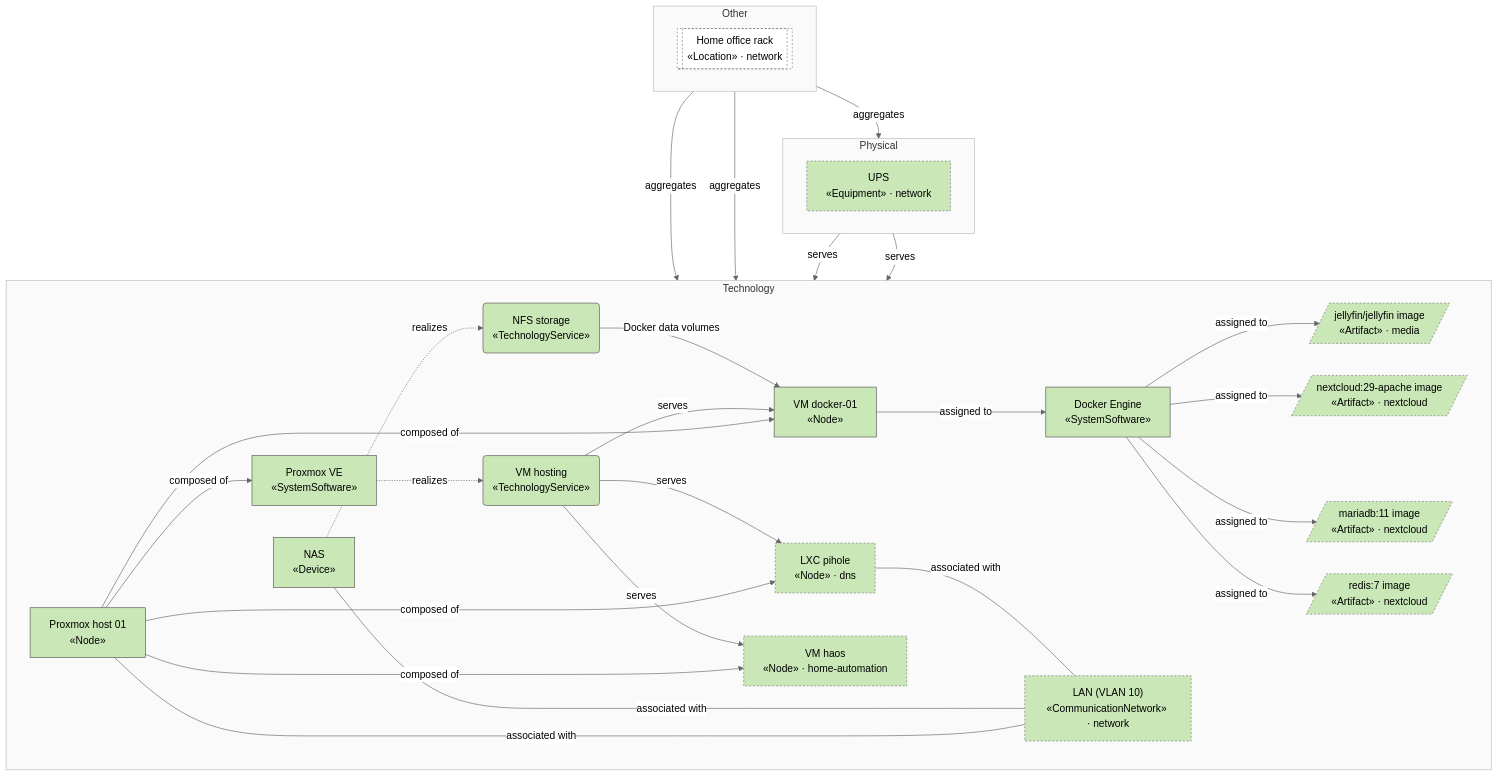
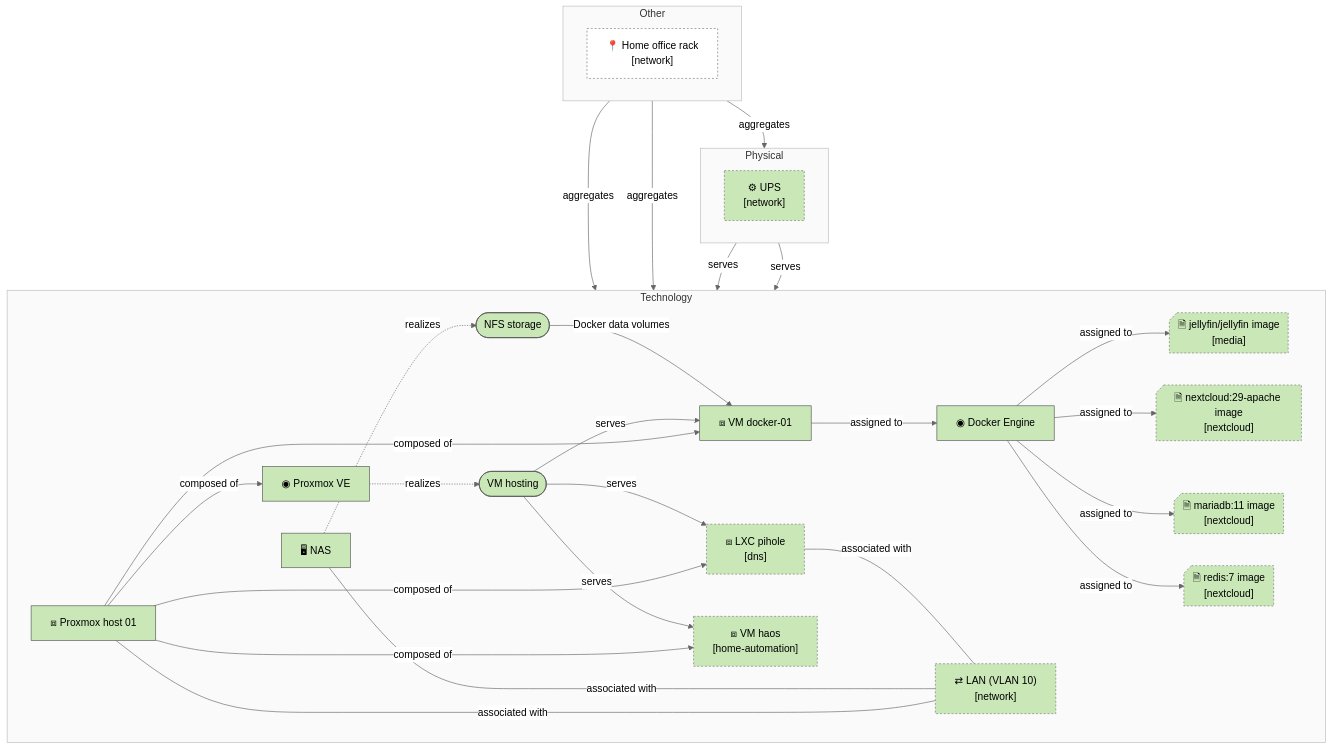
The third of 3 diagrams in docs/compute/view-infrastructure.md (b-zig/a4m), drawn with Mermaid (neutral theme) before and after one commit. The commit also changed other lines of this file and 15 other files, not shown here.

First line of the commit message:
Approximate ArchiMate notation in Mermaid flowcharts

````diff
--- a/docs/compute/view-infrastructure.md
+++ b/docs/compute/view-infrastructure.md
@@ -143,62 +145,62 @@
 ```mermaid
 flowchart TB
   subgraph layer_technology["Technology"]
     direction LR
-    tech_pve_01["Proxmox host 01<br/>«Node»"]
-    tech_proxmox_ve["Proxmox VE<br/>«SystemSoftware»"]
-    tech_vm_docker["VM docker-01<br/>«Node»"]
-    tech_docker["Docker Engine<br/>«SystemSoftware»"]
-    tech_nas["NAS<br/>«Device»"]
-    tech_svc_vm_hosting("VM hosting<br/>«TechnologyService»")
-    tech_svc_nfs("NFS storage<br/>«TechnologyService»")
-    dns__tech_lxc_pihole["LXC pihole<br/>«Node» · dns"]
-    home_automation__tech_vm_haos["VM haos<br/>«Node» · home-automation"]
-    media__tech_art_jellyfin[/"jellyfin/jellyfin image<br/>«Artifact» · media"/]
-    network__tech_net_lan["LAN (VLAN 10)<br/>«CommunicationNetwork» · network"]
-    nextcloud__tech_art_mariadb[/"mariadb:11 image<br/>«Artifact» · nextcloud"/]
-    nextcloud__tech_art_nextcloud[/"nextcloud:29-apache image<br/>«Artifact» · nextcloud"/]
-    nextcloud__tech_art_redis[/"redis:7 image<br/>«Artifact» · nextcloud"/]
+    tech_pve_01@{ shape: rect, label: "⧈ Proxmox host 01" }
+    tech_proxmox_ve@{ shape: rect, label: "◉ Proxmox VE" }
+    tech_vm_docker@{ shape: rect, label: "⧈ VM docker-01" }
+    tech_docker@{ shape: rect, label: "◉ Docker Engine" }
+    tech_nas@{ shape: rect, label: "🖥 NAS" }
+    tech_svc_vm_hosting@{ shape: stadium, label: "VM hosting" }
+    tech_svc_nfs@{ shape: stadium, label: "NFS storage" }
+    dns__tech_lxc_pihole@{ shape: rect, label: "⧈ LXC pihole<br/>[dns]" }
+    home_automation__tech_vm_haos@{ shape: rect, label: "⧈ VM haos<br/>[home-automation]" }
+    media__tech_art_jellyfin@{ shape: notch-rect, label: "🗎 jellyfin/jellyfin image<br/>[media]" }
+    network__tech_net_lan@{ shape: rect, label: "⇄ LAN (VLAN 10)<br/>[network]" }
+    nextcloud__tech_art_mariadb@{ shape: notch-rect, label: "🗎 mariadb:11 image<br/>[nextcloud]" }
+    nextcloud__tech_art_nextcloud@{ shape: notch-rect, label: "🗎 nextcloud:29-apache image<br/>[nextcloud]" }
+    nextcloud__tech_art_redis@{ shape: notch-rect, label: "🗎 redis:7 image<br/>[nextcloud]" }
   end
   subgraph layer_physical["Physical"]
     direction LR
-    network__phys_ups["UPS<br/>«Equipment» · network"]
+    network__phys_ups@{ shape: rect, label: "⚙ UPS<br/>[network]" }
   end
   subgraph layer_other["Other"]
     direction LR
-    network__oth_loc_home[["Home office rack<br/>«Location» · network"]]
+    network__oth_loc_home@{ shape: rect, label: "📍 Home office rack<br/>[network]" }
   end
   tech_pve_01 -->|"composed of"| tech_proxmox_ve
   tech_pve_01 -->|"composed of"| tech_vm_docker
   tech_proxmox_ve -.->|"realizes"| tech_svc_vm_hosting
   tech_svc_vm_hosting -->|"serves"| tech_vm_docker
   tech_vm_docker -->|"assigned to"| tech_docker
   tech_nas -.->|"realizes"| tech_svc_nfs
   tech_svc_nfs -->|"Docker data volumes"| tech_vm_docker
   network__oth_loc_home -->|"aggregates"| tech_pve_01
   network__oth_loc_home -->|"aggregates"| tech_nas
   network__phys_ups -->|"serves"| tech_pve_01
   network__phys_ups -->|"serves"| tech_nas
   tech_pve_01 ---|"associated with"| network__tech_net_lan
   tech_nas ---|"associated with"| network__tech_net_lan
   tech_pve_01 -->|"composed of"| dns__tech_lxc_pihole
   tech_svc_vm_hosting -->|"serves"| dns__tech_lxc_pihole
   dns__tech_lxc_pihole ---|"associated with"| network__tech_net_lan
   tech_pve_01 -->|"composed of"| home_automation__tech_vm_haos
   tech_svc_vm_hosting -->|"serves"| home_automation__tech_vm_haos
   tech_docker -->|"assigned to"| media__tech_art_jellyfin
   network__oth_loc_home -->|"aggregates"| network__phys_ups
   tech_docker -->|"assigned to"| nextcloud__tech_art_nextcloud
   tech_docker -->|"assigned to"| nextcloud__tech_art_mariadb
   tech_docker -->|"assigned to"| nextcloud__tech_art_redis
   classDef technology fill:#C9E7B7,stroke:#555,color:#000
   class tech_pve_01,tech_proxmox_ve,tech_vm_docker,tech_docker,tech_nas,tech_svc_vm_hosting,tech_svc_nfs,dns__tech_lxc_pihole,home_automation__tech_vm_haos,media__tech_art_jellyfin,network__tech_net_lan,nextcloud__tech_art_mariadb,nextcloud__tech_art_nextcloud,nextcloud__tech_art_redis technology
   style layer_technology fill:#fafafa,stroke:#bbb
   classDef physical fill:#C9E7B7,stroke:#555,color:#000
   class network__phys_ups physical
   style layer_physical fill:#fafafa,stroke:#bbb
   classDef other fill:#FFFFFF,stroke:#555,color:#000
   class network__oth_loc_home other
   style layer_other fill:#fafafa,stroke:#bbb
   classDef foreign stroke:#777,stroke-dasharray:3 3
   class dns__tech_lxc_pihole,home_automation__tech_vm_haos,media__tech_art_jellyfin,network__oth_loc_home,network__phys_ups,network__tech_net_lan,nextcloud__tech_art_mariadb,nextcloud__tech_art_nextcloud,nextcloud__tech_art_redis foreign
 ```
````
